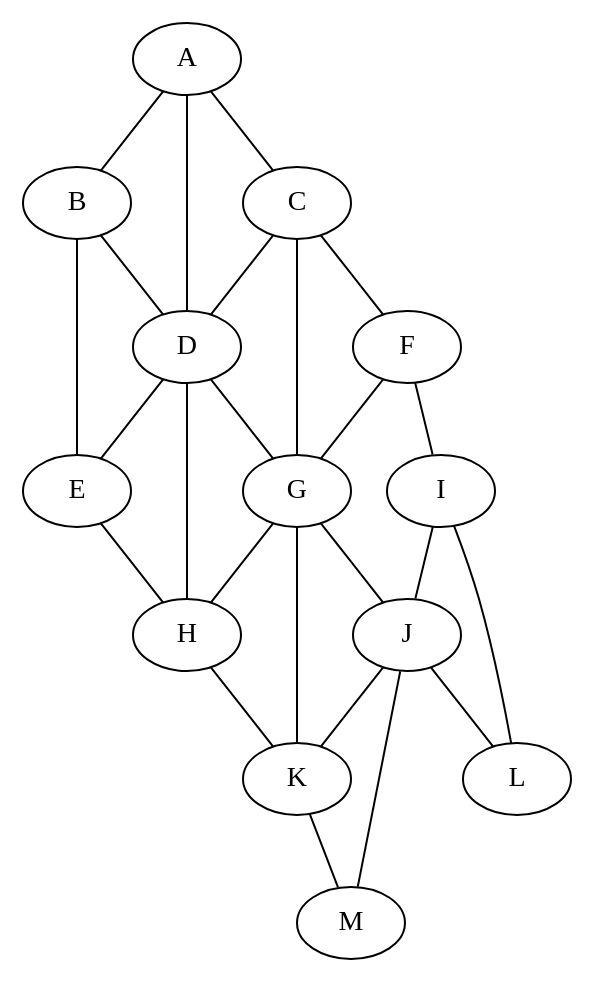
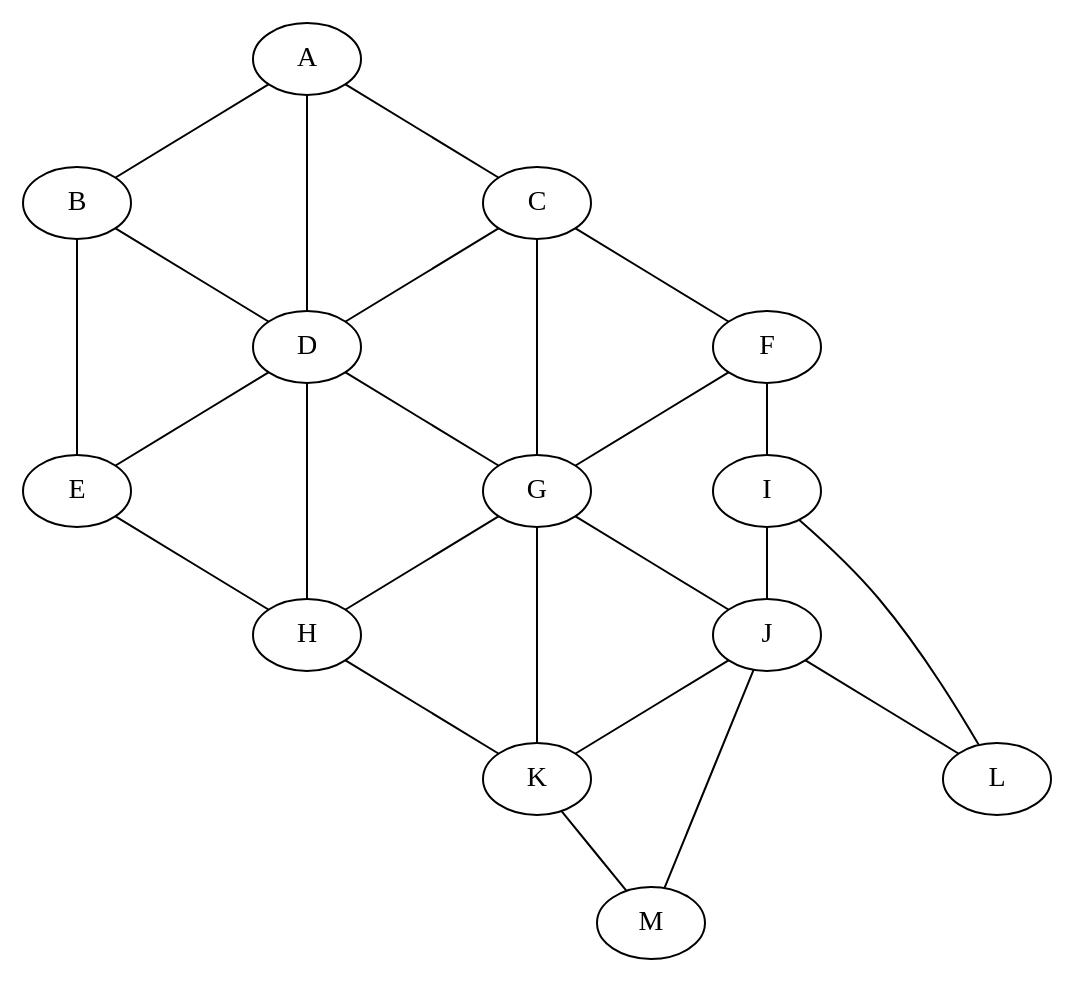
One commit to maslab-ufrgs/TAP_GA_QL changed the diagram in networks/OW10_1.dot. Above: the diagram before and after it, drawn with Graphviz. The commit also changed 2 other files, not shown here.

```diff
--- a/networks/OW10_1.dot
+++ b/networks/OW10_1.dot
@@ -1,26 +1,27 @@
 graph ortuzar {
+ graph[splines=lines, nodesep=0.8]
  A -- B
  A -- C
  A -- D
  B -- D
  B -- E
  C -- D
  C -- F
  C -- G
  D -- E
  D -- G
  D -- H
  E -- H
  F -- G
  F -- I
  G -- H
  G -- J
  G -- K
  H -- K
  I -- J
  I -- L
  J -- K
  J -- L
  J -- M
  K -- M
 }
```
